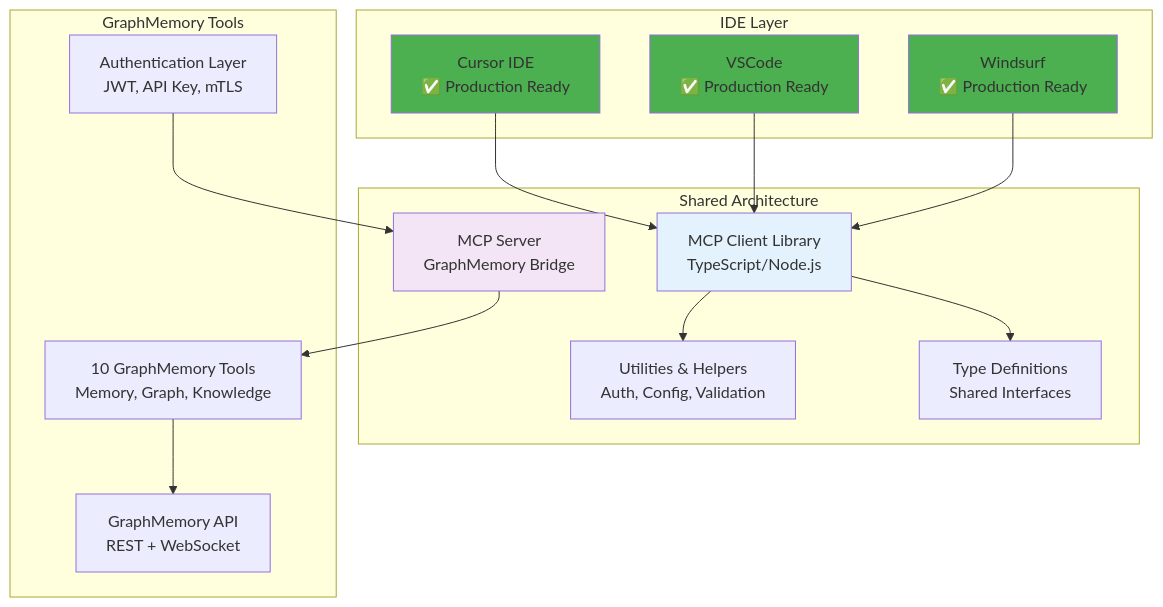
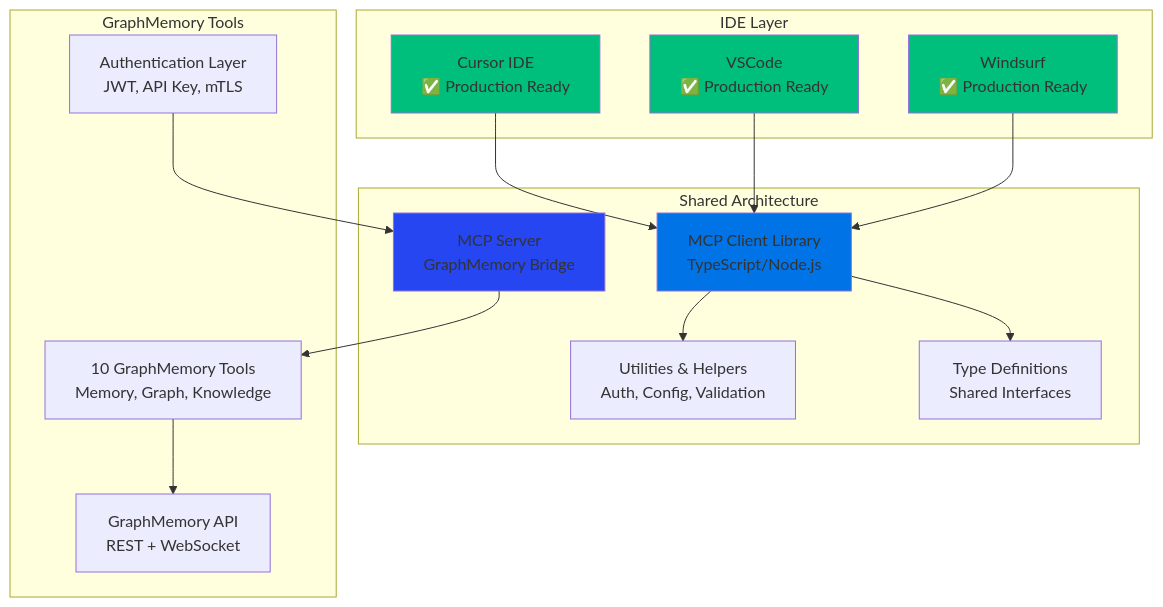
One commit to elementalcollision/GraphMemory-IDE changed the ninth of 17 diagrams in README.md. Above: the diagram before and after it, drawn with Mermaid. The commit also changed other lines of this file, not shown here.

Commit message:
feat: Apply vibrant color palette to all Mermaid diagrams for improved readability and visual consistency

````diff
--- a/README.md
+++ b/README.md
@@ -582,38 +582,38 @@
 ```mermaid
 graph TB
     subgraph "IDE Layer"
         CURSOR[Cursor IDE<br/>✅ Production Ready]
         VSCODE[VSCode<br/>✅ Production Ready]
         WINDSURF[Windsurf<br/>✅ Production Ready]
     end
     
     subgraph "Shared Architecture"
         MCP_CLIENT[MCP Client Library<br/>TypeScript/Node.js]
         MCP_SERVER[MCP Server<br/>GraphMemory Bridge]
         UTILS[Utilities & Helpers<br/>Auth, Config, Validation]
         TYPES[Type Definitions<br/>Shared Interfaces]
     end
     
     subgraph "GraphMemory Tools"
         TOOLS[10 GraphMemory Tools<br/>Memory, Graph, Knowledge]
         AUTH[Authentication Layer<br/>JWT, API Key, mTLS]
         API[GraphMemory API<br/>REST + WebSocket]
     end
     
     CURSOR --> MCP_CLIENT
     VSCODE --> MCP_CLIENT
     WINDSURF --> MCP_CLIENT
     
     MCP_CLIENT --> UTILS
     MCP_CLIENT --> TYPES
     
     AUTH --> MCP_SERVER
     MCP_SERVER --> TOOLS
     TOOLS --> API
     
-    style CURSOR fill:#4caf50
-    style VSCODE fill:#4caf50
-    style WINDSURF fill:#4caf50
-    style MCP_CLIENT fill:#e3f2fd
-    style MCP_SERVER fill:#f3e5f5
+    style CURSOR fill:#00bf7d
+    style VSCODE fill:#00bf7d
+    style WINDSURF fill:#00bf7d
+    style MCP_CLIENT fill:#0073e6
+    style MCP_SERVER fill:#2546f0
 ```
````
